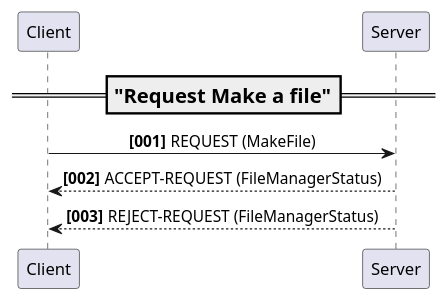
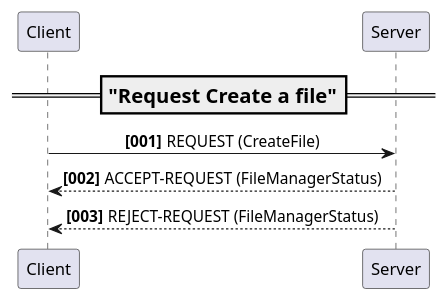
One commit to nonodev96/THUMDER-ontology changed the diagram in assets/2.3.1_Sequence.puml. Above: the diagram before and after it, drawn with PlantUML. The commit also changed 17 other files, not shown here.

```diff
--- a/assets/2.3.1_Sequence.puml
+++ b/assets/2.3.1_Sequence.puml
@@ -1,13 +1,13 @@
 @startuml
 'https://plantuml.com/sequence-diagram
 autonumber "<b>[000]"
 skinparam defaultFontName consolas
 skinparam sequenceMessageAlign center
 
-=== "Request Make a file" ==
+=== "Request Create a file" ==
 '...5 minutes latter...
-Client -> Server:   REQUEST (MakeFile)
+Client -> Server:   REQUEST (CreateFile)
 Client <-- Server:  ACCEPT-REQUEST (FileManagerStatus)
 Client <-- Server:  REJECT-REQUEST (FileManagerStatus)
 
 @enduml
```
